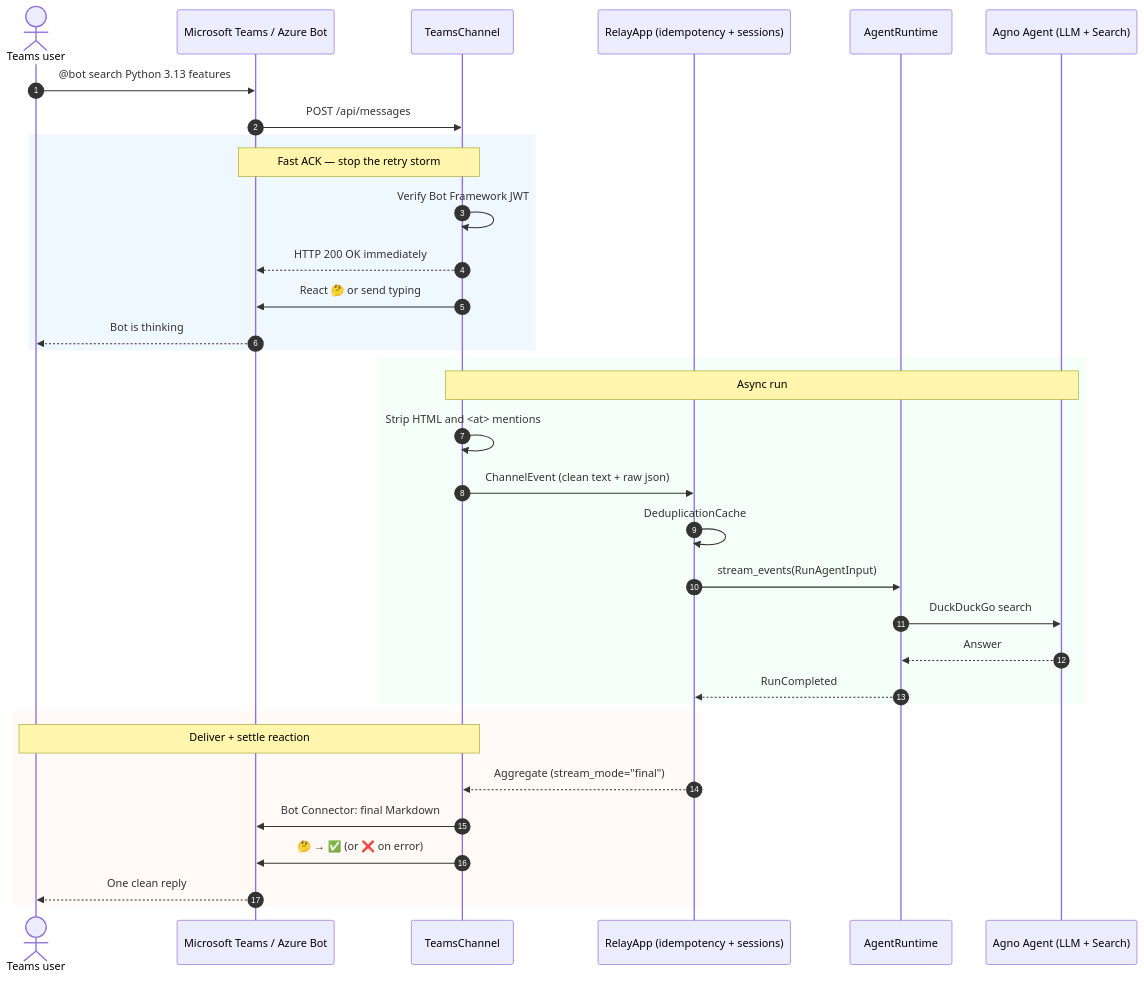
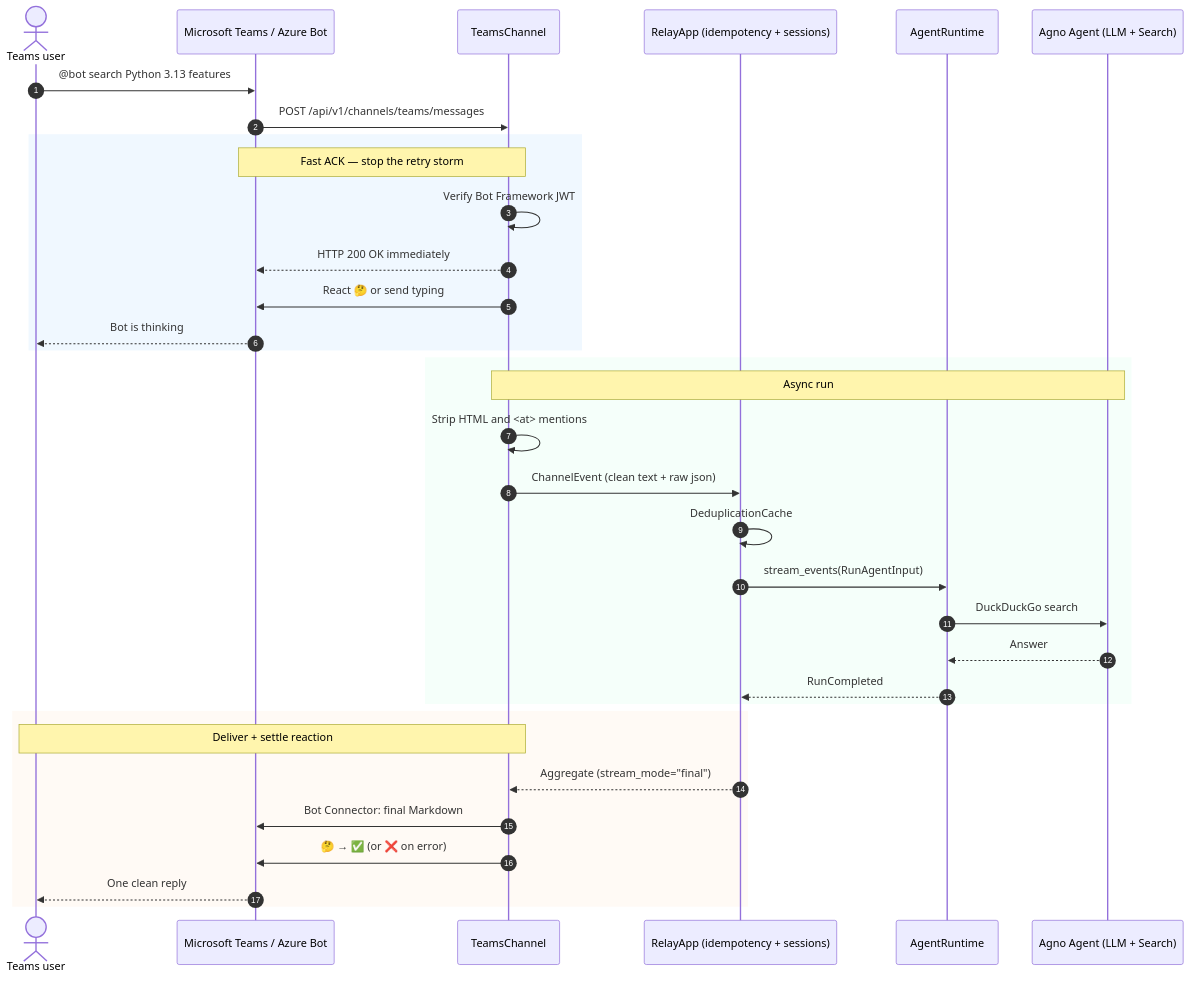
The diagram in docs/en/00-agent-cookbook/03-teams-bot-agent.md (BrikerMan/agno-harness), drawn with Mermaid before and after one commit. The commit also changed other lines of this file and 103 other files, not shown here.

````diff
--- a/docs/en/00-agent-cookbook/03-teams-bot-agent.md
+++ b/docs/en/00-agent-cookbook/03-teams-bot-agent.md
@@ -36,40 +36,40 @@
 ```mermaid
 sequenceDiagram
     autonumber
     actor User as Teams user
     participant Azure as Microsoft Teams / Azure Bot
     participant Channel as TeamsChannel
     participant Relay as RelayApp (idempotency + sessions)
     participant Runtime as AgentRuntime
     participant LLM as Agno Agent (LLM + Search)
 
     User->>Azure: @bot search Python 3.13 features
-    Azure->>Channel: POST /api/messages
+    Azure->>Channel: POST /api/v1/channels/teams/messages
 
     rect rgb(240, 248, 255)
     Note over Azure,Channel: Fast ACK — stop the retry storm
     Channel->>Channel: Verify Bot Framework JWT
     Channel-->>Azure: HTTP 200 OK immediately
     Channel->>Azure: React 🤔 or send typing
     Azure-->>User: Bot is thinking
     end
 
     rect rgb(245, 255, 250)
     Note over Channel,LLM: Async run
     Channel->>Channel: Strip HTML and <at> mentions
     Channel->>Relay: ChannelEvent (clean text + raw json)
     Relay->>Relay: DeduplicationCache
     Relay->>Runtime: stream_events(RunAgentInput)
     Runtime->>LLM: DuckDuckGo search
     LLM-->>Runtime: Answer
     Runtime-->>Relay: RunCompleted
     end
 
     rect rgb(255, 250, 245)
     Note over Channel,User: Deliver + settle reaction
     Relay-->>Channel: Aggregate (stream_mode="final")
     Channel->>Azure: Bot Connector: final Markdown
     Channel->>Azure: 🤔 → ✅ (or ❌ on error)
     Azure-->>User: One clean reply
     end
 ```
````
